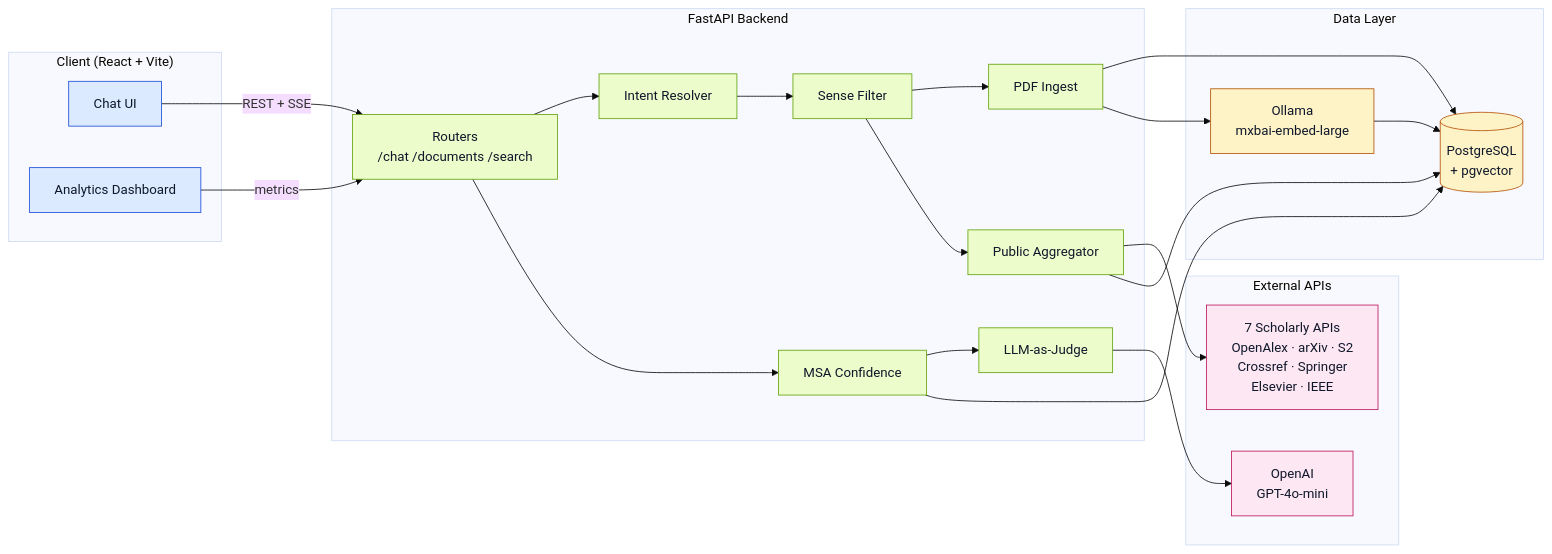
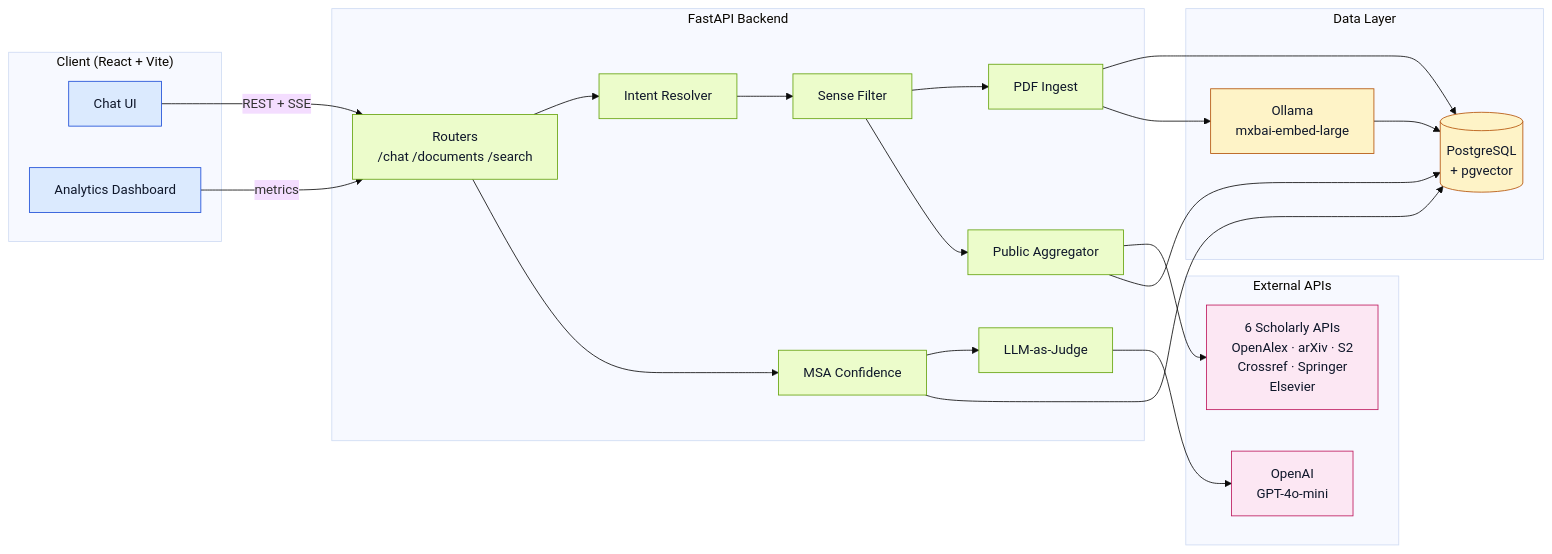
The first of 17 diagrams in README.md (sushildalavi/sourcery), drawn with Mermaid (base theme) before and after one commit. The commit also changed other lines of this file and 10 other files, not shown here.

````diff
--- a/README.md
+++ b/README.md
@@ -36,49 +36,49 @@
 ```mermaid
 flowchart LR
     subgraph Client["Client (React + Vite)"]
         UI[Chat UI]
         AN[Analytics Dashboard]
     end
 
     subgraph API["FastAPI Backend"]
         ROUTE[Routers<br/>/chat /documents /search]
         IR[Intent Resolver]
         SR[Sense Filter]
         ING[PDF Ingest]
         AGG[Public Aggregator]
         CONF[MSA Confidence]
         JUDGE[LLM-as-Judge]
     end
 
     subgraph Data["Data Layer"]
         PG[(PostgreSQL<br/>+ pgvector)]
         OL[Ollama<br/>mxbai-embed-large]
     end
 
     subgraph External["External APIs"]
         OAI[OpenAI<br/>GPT-4o-mini]
-        SCH[7 Scholarly APIs<br/>OpenAlex · arXiv · S2<br/>Crossref · Springer<br/>Elsevier · IEEE]
+        SCH[6 Scholarly APIs<br/>OpenAlex · arXiv · S2<br/>Crossref · Springer<br/>Elsevier]
     end
 
     UI -->|REST + SSE| ROUTE
     AN -->|metrics| ROUTE
     ROUTE --> IR --> SR
     SR --> ING & AGG
     ING --> PG
     AGG --> SCH
     AGG --> PG
     ROUTE --> CONF --> JUDGE
     CONF --> PG
     JUDGE --> OAI
     ING --> OL
     OL --> PG
 
     classDef client fill:#dbeafe,stroke:#1d4ed8,color:#0f172a
     classDef api fill:#ecfccb,stroke:#65a30d,color:#0f172a
     classDef data fill:#fef3c7,stroke:#b45309,color:#0f172a
     classDef ext fill:#fce7f3,stroke:#be185d,color:#0f172a
     class UI,AN client
     class ROUTE,IR,SR,ING,AGG,CONF,JUDGE api
     class PG,OL data
     class OAI,SCH ext
 ```
````
